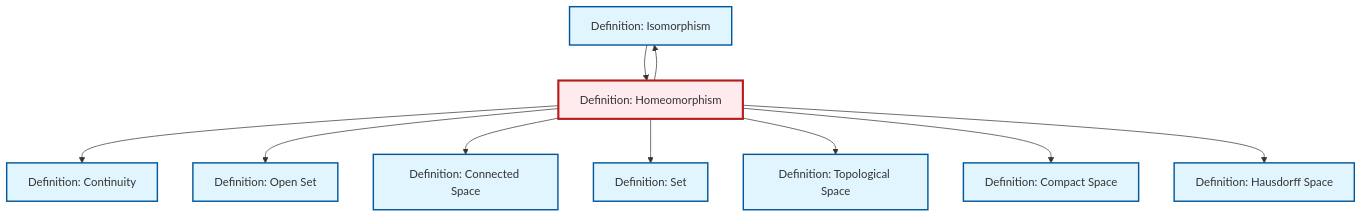
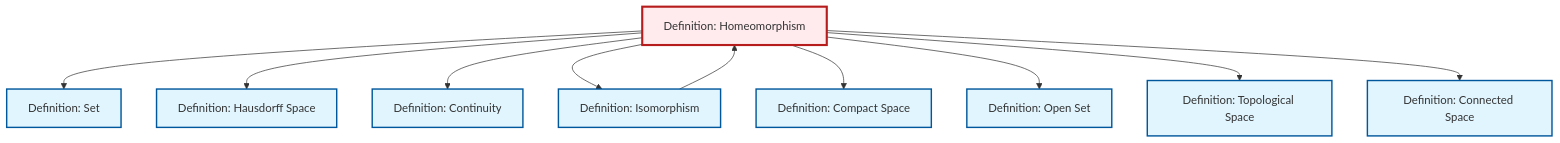
The diagram in content/ja/topology/def-homeomorphism.qmd (RK0429/ModernMath), drawn with Mermaid before and after one commit. The commit also changed other lines of this file and 497 other files, not shown here.

````diff
--- a/content/ja/topology/def-homeomorphism.qmd
+++ b/content/ja/topology/def-homeomorphism.qmd
@@ -100,36 +100,36 @@
 ```{mermaid}
 %%| fig-cap: "Local dependency graph"
 graph TD
     classDef definition fill:#e1f5fe,stroke:#01579b,stroke-width:2px
     classDef theorem fill:#f3e5f5,stroke:#4a148c,stroke-width:2px
     classDef axiom fill:#fff3e0,stroke:#e65100,stroke-width:2px
     classDef example fill:#e8f5e9,stroke:#1b5e20,stroke-width:2px
     classDef current fill:#ffebee,stroke:#b71c1c,stroke-width:3px
-    def-open-set["Definition: Open Set"]:::definition
-    def-topological-space["Definition: Topological Space"]:::definition
-    def-isomorphism["Definition: Isomorphism"]:::definition
     def-compact["Definition: Compact Space"]:::definition
     def-hausdorff["Definition: Hausdorff Space"]:::definition
+    def-set["Definition: Set"]:::definition
+    def-homeomorphism["Definition: Homeomorphism"]:::definition
+    def-isomorphism["Definition: Isomorphism"]:::definition
+    def-continuity["Definition: Continuity"]:::definition
+    def-topological-space["Definition: Topological Space"]:::definition
     def-connected["Definition: Connected Space"]:::definition
-    def-homeomorphism["Definition: Homeomorphism"]:::definition
-    def-set["Definition: Set"]:::definition
-    def-continuity["Definition: Continuity"]:::definition
+    def-open-set["Definition: Open Set"]:::definition
+    def-homeomorphism --> def-set
+    def-isomorphism --> def-homeomorphism
+    def-homeomorphism --> def-hausdorff
+    def-homeomorphism --> def-continuity
     def-homeomorphism --> def-isomorphism
-    def-homeomorphism --> def-continuity
+    def-homeomorphism --> def-compact
     def-homeomorphism --> def-open-set
+    def-homeomorphism --> def-topological-space
     def-homeomorphism --> def-connected
-    def-homeomorphism --> def-set
-    def-homeomorphism --> def-topological-space
-    def-isomorphism --> def-homeomorphism
-    def-homeomorphism --> def-compact
-    def-homeomorphism --> def-hausdorff
     class def-homeomorphism current
-    click def-open-set "def-open-set.html" "Definition: Open Setへ"
-    click def-topological-space "def-topological-space.html" "Definition: Topological Spaceへ"
-    click def-isomorphism "def-isomorphism.html" "Definition: Isomorphismへ"
     click def-compact "def-compact.html" "Definition: Compact Spaceへ"
     click def-hausdorff "def-hausdorff.html" "Definition: Hausdorff Spaceへ"
+    click def-set "def-set.html" "Definition: Setへ"
+    click def-isomorphism "def-isomorphism.html" "Definition: Isomorphismへ"
+    click def-continuity "def-continuity.html" "Definition: Continuityへ"
+    click def-topological-space "def-topological-space.html" "Definition: Topological Spaceへ"
     click def-connected "def-connected.html" "Definition: Connected Spaceへ"
-    click def-set "def-set.html" "Definition: Setへ"
-    click def-continuity "def-continuity.html" "Definition: Continuityへ"
+    click def-open-set "def-open-set.html" "Definition: Open Setへ"
 ```
````
